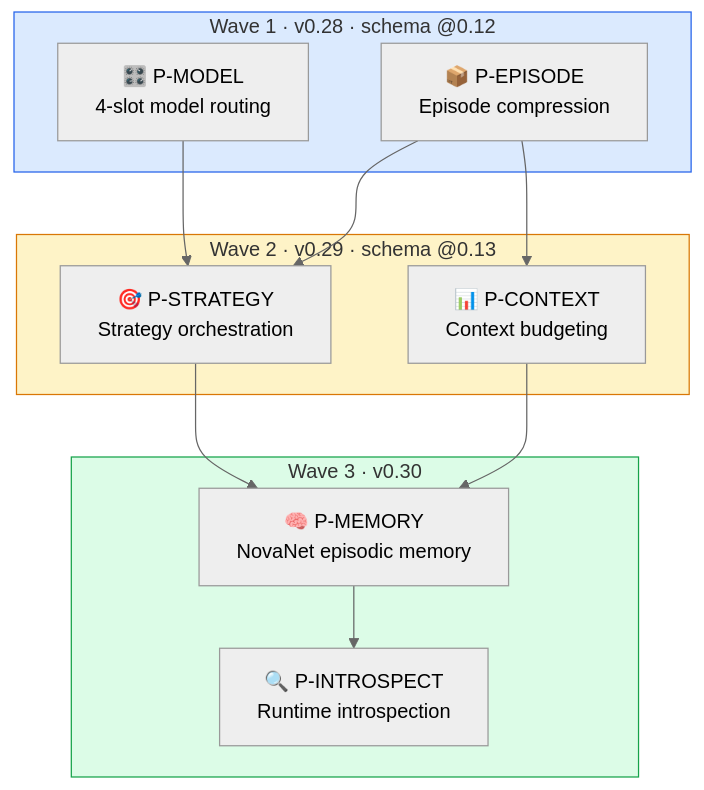
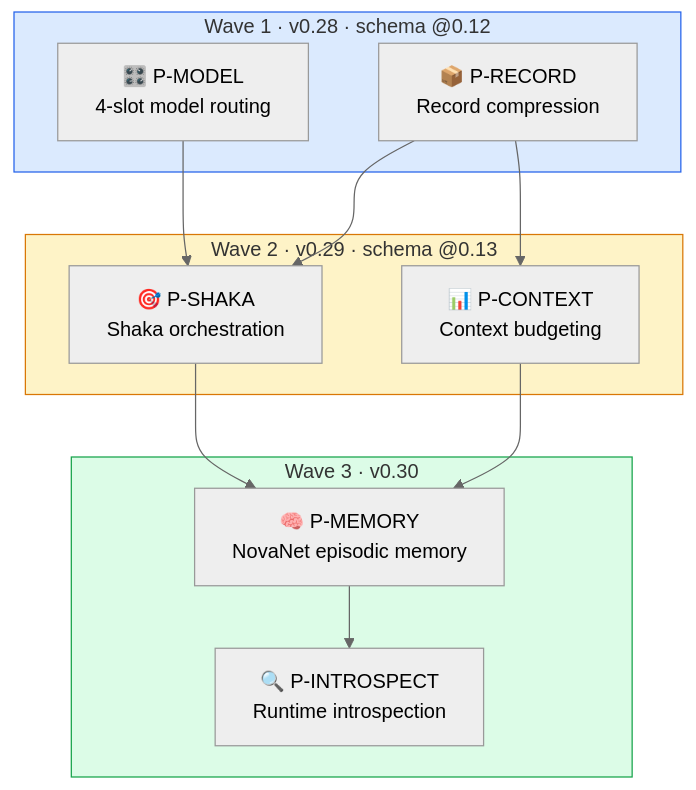
One commit to supernovae-st/nika changed the third of 4 diagrams in docs/brainstorm/nika-evolution/00-README.md. Above: the diagram before and after it, drawn with Mermaid (neutral theme). The commit also changed other lines of this file and 12 other files, not shown here.

````diff
--- a/docs/brainstorm/nika-evolution/00-README.md
+++ b/docs/brainstorm/nika-evolution/00-README.md
@@ -87,35 +94,35 @@
 ```mermaid
 flowchart TD
     PM[🎛️ P-MODEL<br/>4-slot model routing]
-    PE[📦 P-EPISODE<br/>Episode compression]
-    PS[🎯 P-STRATEGY<br/>Strategy orchestration]
+    PR[📦 P-RECORD<br/>Record compression]
+    PS[🎯 P-SHAKA<br/>Shaka orchestration]
     PC[📊 P-CONTEXT<br/>Context budgeting]
     PMEM[🧠 P-MEMORY<br/>NovaNet episodic memory]
     PI[🔍 P-INTROSPECT<br/>Runtime introspection]
 
     PM --> PS
-    PE --> PS
-    PE --> PC
+    PR --> PS
+    PR --> PC
     PS --> PMEM
     PC --> PMEM
     PMEM --> PI
 
     subgraph W1["Wave 1 · v0.28 · schema @0.12"]
         PM
-        PE
+        PR
     end
 
     subgraph W2["Wave 2 · v0.29 · schema @0.13"]
         PS
         PC
     end
 
     subgraph W3["Wave 3 · v0.30"]
         PMEM
         PI
     end
 
     style W1 fill:#dbeafe,stroke:#2563eb
     style W2 fill:#fef3c7,stroke:#d97706
     style W3 fill:#dcfce7,stroke:#16a34a
 ```
````
